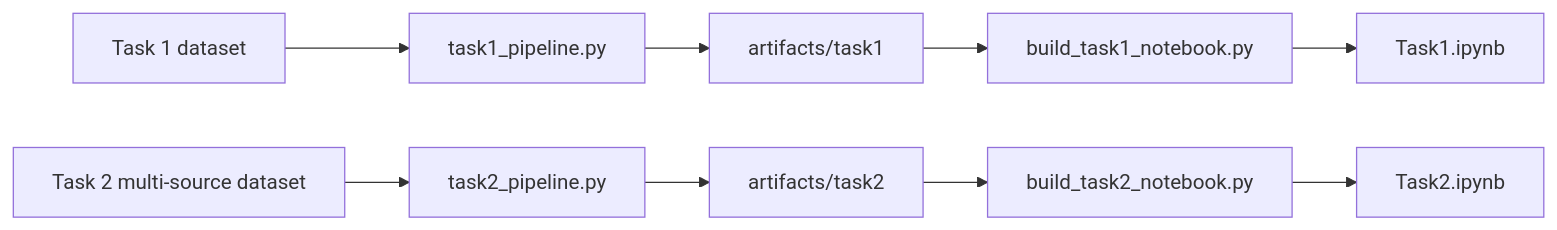
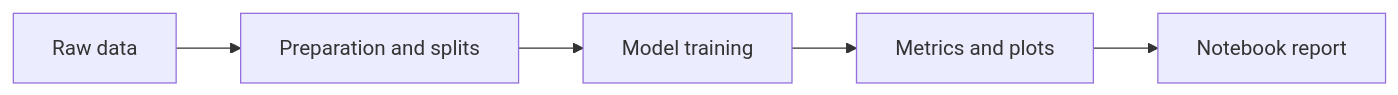
Before and after one commit to TheWBs/cnn-image-classification: the first of 2 diagrams in README.md, drawn with Mermaid. The commit also changed other lines of this file and 4 other files, not shown here.

````diff
--- a/README.md
+++ b/README.md
@@ -12,12 +31,7 @@
 ```mermaid
 flowchart LR
-    A[Task 1 dataset] --> B[task1_pipeline.py]
-    B --> C[artifacts/task1]
-    C --> D[build_task1_notebook.py]
-    D --> E[Task1.ipynb]
-
-    F[Task 2 multi-source dataset] --> G[task2_pipeline.py]
-    G --> H[artifacts/task2]
-    H --> I[build_task2_notebook.py]
-    I --> J[Task2.ipynb]
+    A[Raw data] --> B[Preparation and splits]
+    B --> C[Model training]
+    C --> D[Metrics and plots]
+    D --> E[Notebook report]
 ```
````
